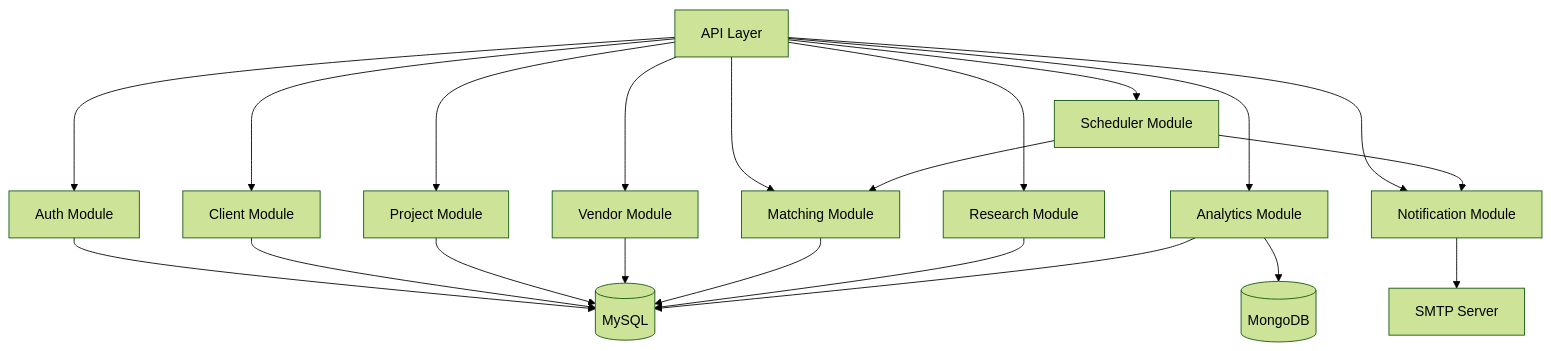
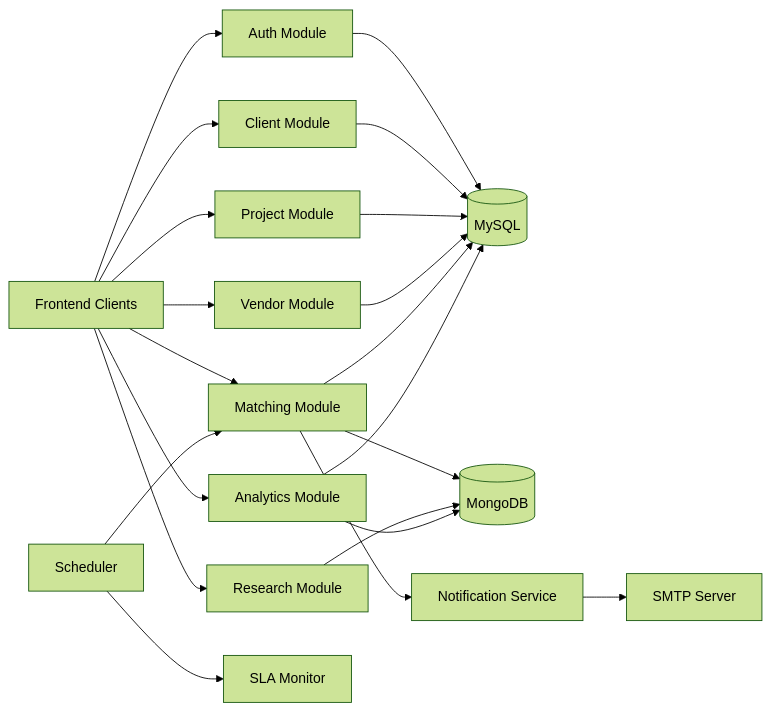
The second of 7 diagrams in docs/SYSTEM_DESIGN.md (h4775346/expansion-management-api), drawn with Mermaid (forest theme) before and after one commit. The commit also changed other lines of this file and 9 other files, not shown here.

````diff
--- a/docs/SYSTEM_DESIGN.md
+++ b/docs/SYSTEM_DESIGN.md
@@ -29,27 +51,26 @@
 ```mermaid
-graph TD
-    A[API Layer] --> B[Auth Module]
+graph LR
+    A[Frontend Clients] --> B[Auth Module]
     A --> C[Client Module]
     A --> D[Project Module]
     A --> E[Vendor Module]
     A --> F[Matching Module]
     A --> G[Research Module]
     A --> H[Analytics Module]
-    A --> I[Notification Module]
-    A --> J[Scheduler Module]
     
-    B --> K[(MySQL)]
-    C --> K
-    D --> K
-    E --> K
-    F --> K
-    G --> K
+    B --> I[(MySQL)]
+    C --> I
+    D --> I
+    E --> I
+    F --> I
+    F --> J[(MongoDB)]
+    G --> J
+    H --> I
+    H --> J
     
-    H --> K
-    H --> L[(MongoDB)]
+    F --> K[Notification Service]
+    K --> L[SMTP Server]
     
-    I --> M[SMTP Server]
-    
-    J --> F
-    J --> I
+    M[Scheduler] --> F
+    M --> N[SLA Monitor]
 ```
````
